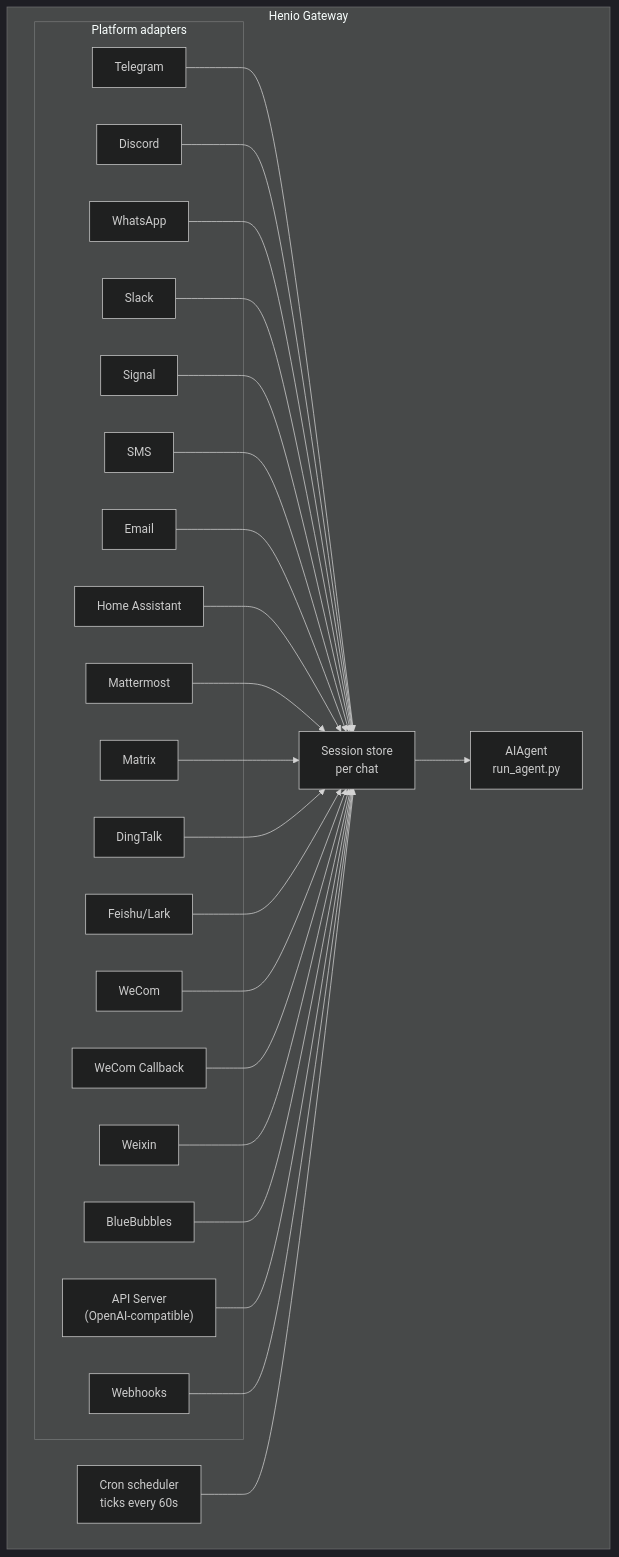
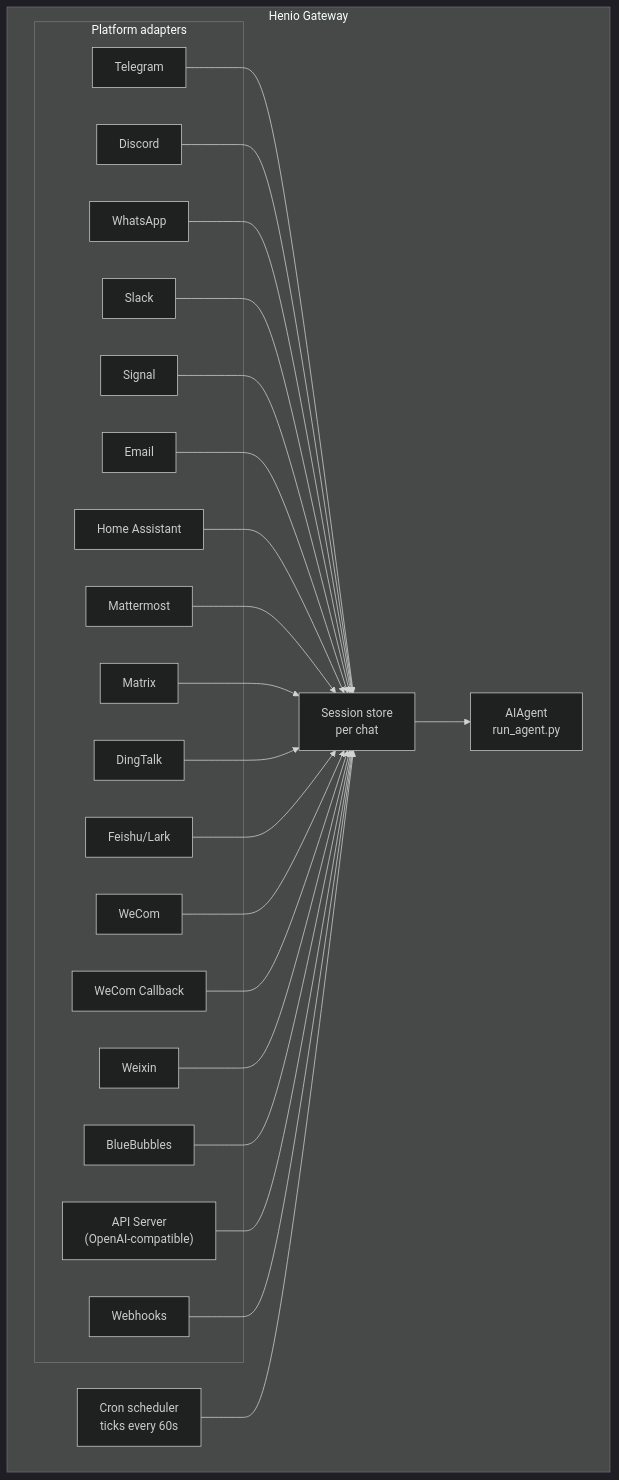
Before and after one commit to paq85/henio-agent: the diagram in website/docs/user-guide/messaging/index.md, drawn with Mermaid (dark theme). The commit also changed other lines of this file and 80 other files, not shown here.

````diff
--- a/website/docs/user-guide/messaging/index.md
+++ b/website/docs/user-guide/messaging/index.md
@@ -38,50 +37,48 @@
 ```mermaid
 flowchart TB
     subgraph Gateway["Henio Gateway"]
         subgraph Adapters["Platform adapters"]
             tg[Telegram]
             dc[Discord]
             wa[WhatsApp]
             sl[Slack]
             sig[Signal]
-            sms[SMS]
             em[Email]
             ha[Home Assistant]
             mm[Mattermost]
             mx[Matrix]
             dt[DingTalk]
     fs[Feishu/Lark]
     wc[WeCom]
     wcb[WeCom Callback]
     wx[Weixin]
     bb[BlueBubbles]
             api["API Server<br/>(OpenAI-compatible)"]
             wh[Webhooks]
         end
 
         store["Session store<br/>per chat"]
         agent["AIAgent<br/>run_agent.py"]
         cron["Cron scheduler<br/>ticks every 60s"]
     end
 
     tg --> store
     dc --> store
     wa --> store
     sl --> store
     sig --> store
-    sms --> store
     em --> store
     ha --> store
     mm --> store
     mx --> store
     dt --> store
     fs --> store
     wc --> store
     wcb --> store
     wx --> store
     bb --> store
     api --> store
     wh --> store
     store --> agent
     cron --> store
 ```
````
